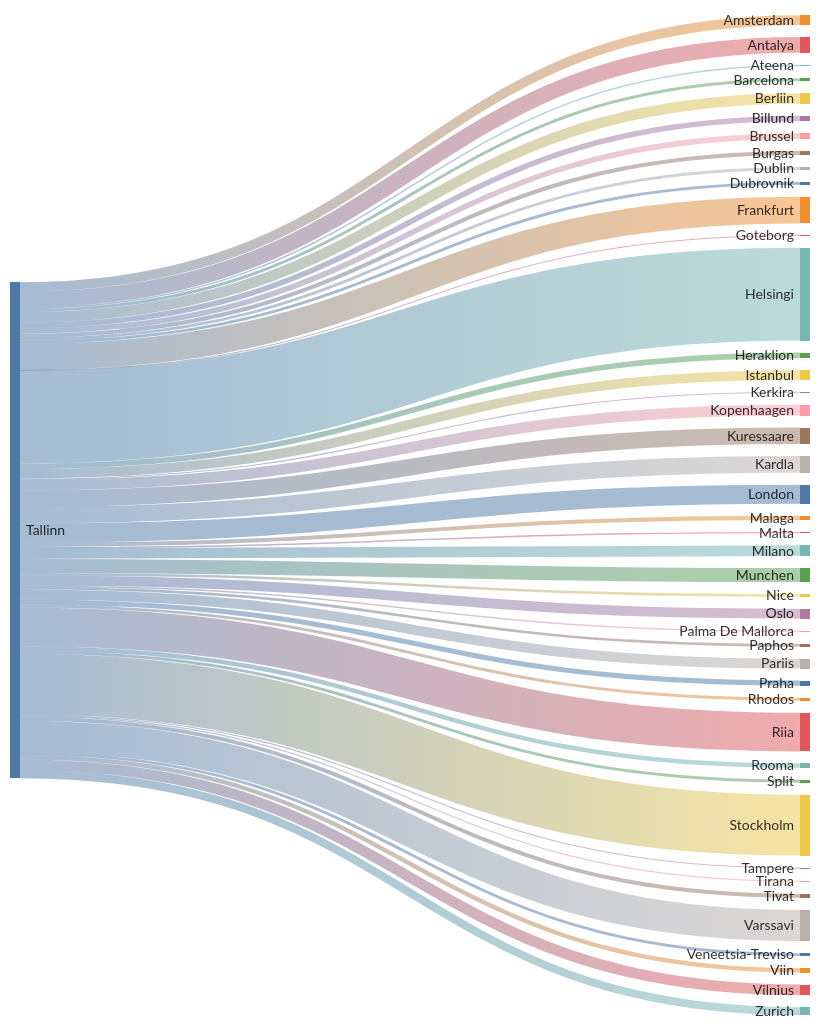
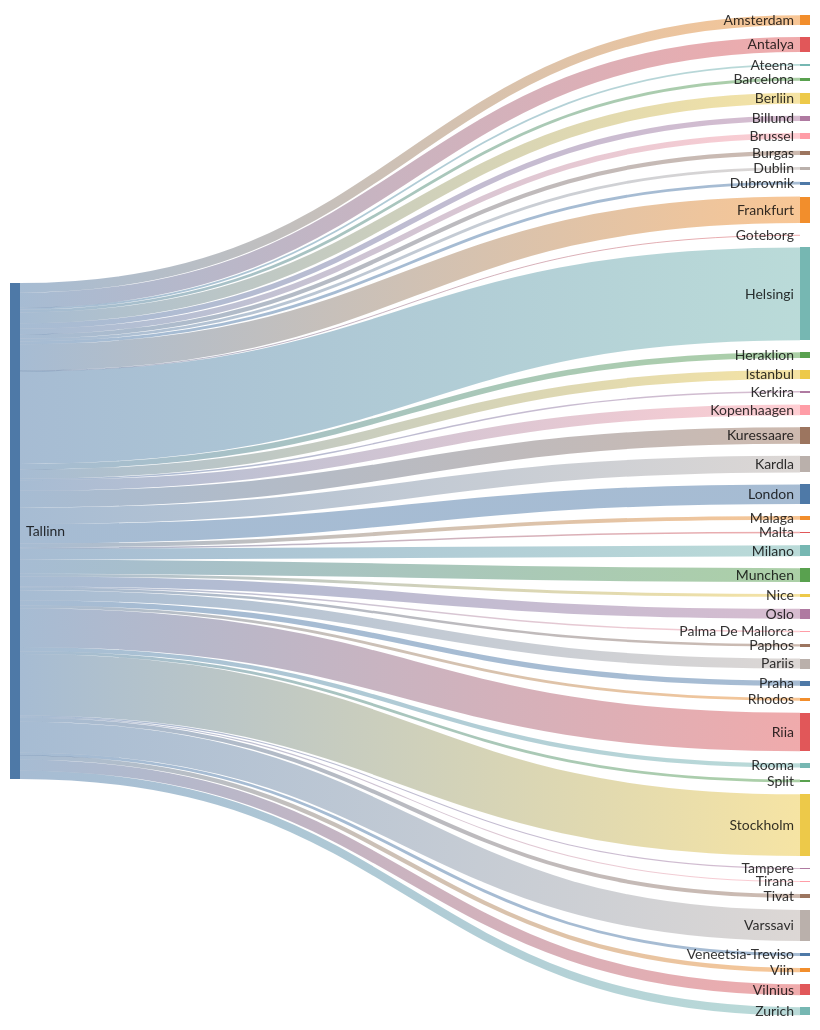
Before and after one commit to rainermesi/tll-airport-departures: the second of 2 diagrams in README.md, drawn with Mermaid. The commit also changed other lines of this file, not shown here.

````diff
--- a/README.md
+++ b/README.md
@@ -34,56 +34,56 @@
 ```mermaid
 ---
 config:
   sankey:
     showValues: false
     width: 800
     height: 1000
 ---
 sankey-beta
 %% source,target,value
-Tallinn,Amsterdam,26
+Tallinn,Amsterdam,27
 Tallinn,Antalya,43
-Tallinn,Ateena,4
+Tallinn,Ateena,5
 Tallinn,Barcelona,8
-Tallinn,Berliin,29
+Tallinn,Berliin,31
 Tallinn,Billund,15
-Tallinn,Brussel,15
-Tallinn,Burgas,11
+Tallinn,Brussel,16
+Tallinn,Burgas,12
 Tallinn,Dublin,8
 Tallinn,Dubrovnik,8
-Tallinn,Frankfurt,72
+Tallinn,Frankfurt,75
 Tallinn,Goteborg,1
-Tallinn,Helsingi,252
-Tallinn,Heraklion,15
+Tallinn,Helsingi,262
+Tallinn,Heraklion,16
 Tallinn,Istanbul,26
-Tallinn,Kerkira,3
-Tallinn,Kopenhaagen,29
-Tallinn,Kuressaare,45
-Tallinn,Kardla,45
-Tallinn,London,52
+Tallinn,Kerkira,4
+Tallinn,Kopenhaagen,30
+Tallinn,Kuressaare,47
+Tallinn,Kardla,47
+Tallinn,London,55
 Tallinn,Malaga,11
 Tallinn,Malta,4
-Tallinn,Milano,29
-Tallinn,Munchen,38
-Tallinn,Nice,7
-Tallinn,Oslo,27
+Tallinn,Milano,31
+Tallinn,Munchen,39
+Tallinn,Nice,8
+Tallinn,Oslo,28
 Tallinn,Palma De Mallorca,4
 Tallinn,Paphos,7
-Tallinn,Pariis,27
-Tallinn,Praha,14
+Tallinn,Pariis,28
+Tallinn,Praha,15
 Tallinn,Rhodos,8
-Tallinn,Riia,105
+Tallinn,Riia,109
 Tallinn,Rooma,12
 Tallinn,Split,8
-Tallinn,Stockholm,165
+Tallinn,Stockholm,174
 Tallinn,Tampere,3
 Tallinn,Tirana,3
 Tallinn,Tivat,11
-Tallinn,Varssavi,85
+Tallinn,Varssavi,88
 Tallinn,Veneetsia-Treviso,8
 Tallinn,Viin,12
-Tallinn,Vilnius,29
-Tallinn,Zurich,22
+Tallinn,Vilnius,31
+Tallinn,Zurich,23
 
 
 ```
````
